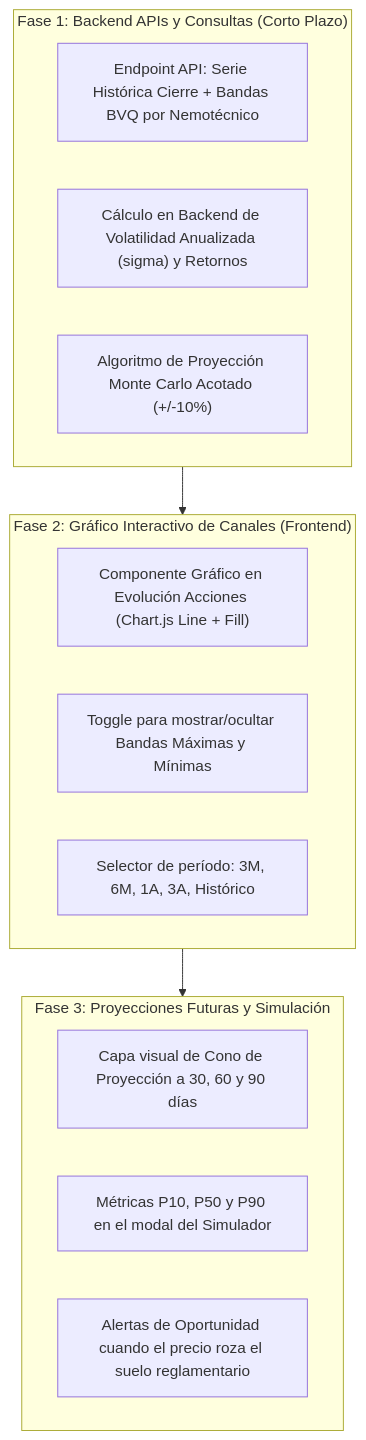
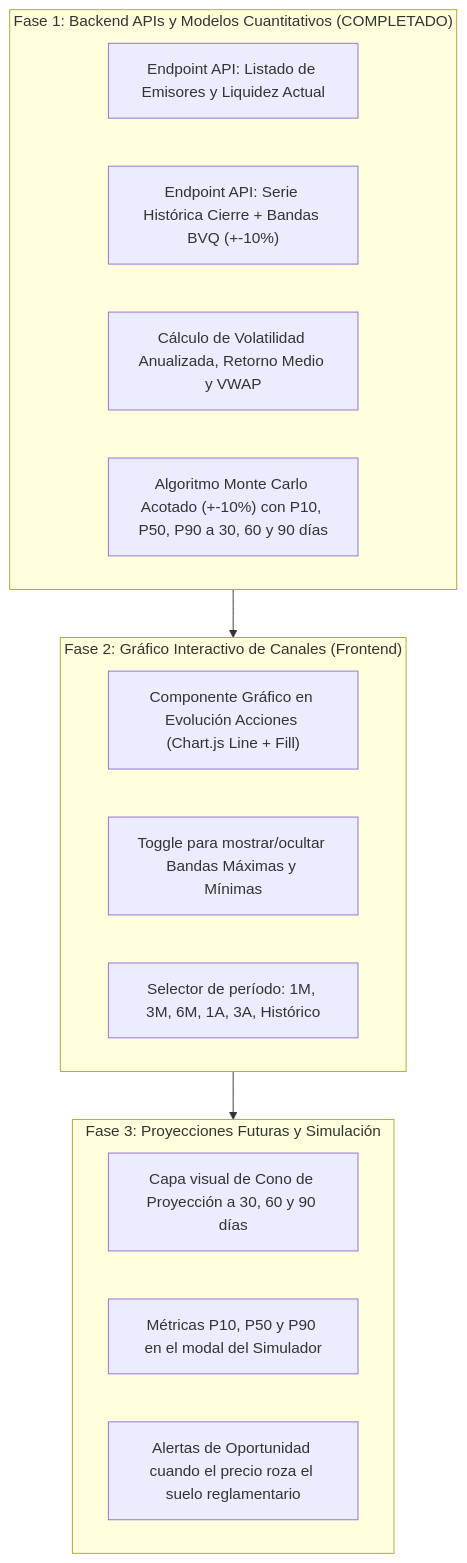
The second of 2 diagrams in documentacion/MaximosMinimos/propuestas_explotacion_analitica_maximos_minimos.md (jhonorellana/SGII), drawn with Mermaid before and after one commit. The commit also changed other lines of this file and 22 other files, not shown here.

````diff
--- a/documentacion/MaximosMinimos/propuestas_explotacion_analitica_maximos_minimos.md
+++ b/documentacion/MaximosMinimos/propuestas_explotacion_analitica_maximos_minimos.md
@@ -85,23 +85,24 @@
 ```mermaid
 flowchart TD
-    subgraph Fase1 ["Fase 1: Backend APIs y Consultas (Corto Plazo)"]
-        A1["Endpoint API: Serie Histórica Cierre + Bandas BVQ por Nemotécnico"]
-        A2["Cálculo en Backend de Volatilidad Anualizada (sigma) y Retornos"]
-        A3["Algoritmo de Proyección Monte Carlo Acotado (+/-10%)"]
+    subgraph Fase1 ["Fase 1: Backend APIs y Modelos Cuantitativos (COMPLETADO)"]
+        A1["Endpoint API: Listado de Emisores y Liquidez Actual"]
+        A2["Endpoint API: Serie Histórica Cierre + Bandas BVQ (+-10%)"]
+        A3["Cálculo de Volatilidad Anualizada, Retorno Medio y VWAP"]
+        A4["Algoritmo Monte Carlo Acotado (+-10%) con P10, P50, P90 a 30, 60 y 90 días"]
     end
 
     subgraph Fase2 ["Fase 2: Gráfico Interactivo de Canales (Frontend)"]
         B1["Componente Gráfico en Evolución Acciones (Chart.js Line + Fill)"]
         B2["Toggle para mostrar/ocultar Bandas Máximas y Mínimas"]
-        B3["Selector de período: 3M, 6M, 1A, 3A, Histórico"]
+        B3["Selector de período: 1M, 3M, 6M, 1A, 3A, Histórico"]
     end
 
     subgraph Fase3 ["Fase 3: Proyecciones Futuras y Simulación"]
         C1["Capa visual de Cono de Proyección a 30, 60 y 90 días"]
         C2["Métricas P10, P50 y P90 en el modal del Simulador"]
         C3["Alertas de Oportunidad cuando el precio roza el suelo reglamentario"]
     end
 
     Fase1 --> Fase2
     Fase2 --> Fase3
 ```
````
